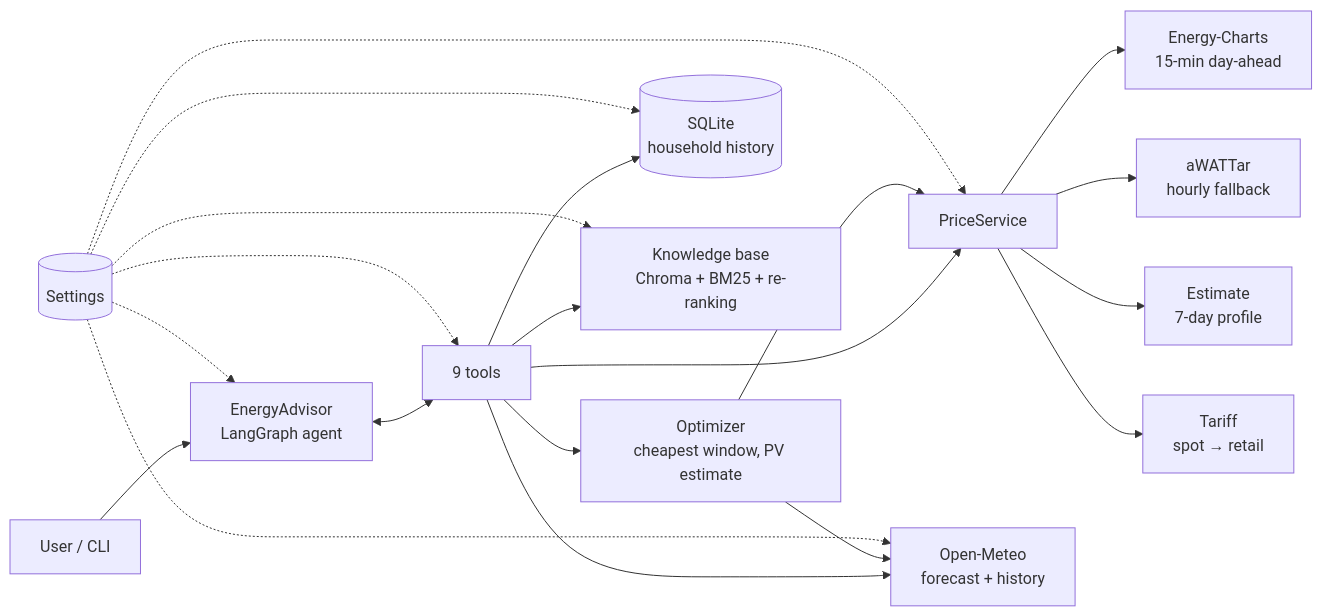
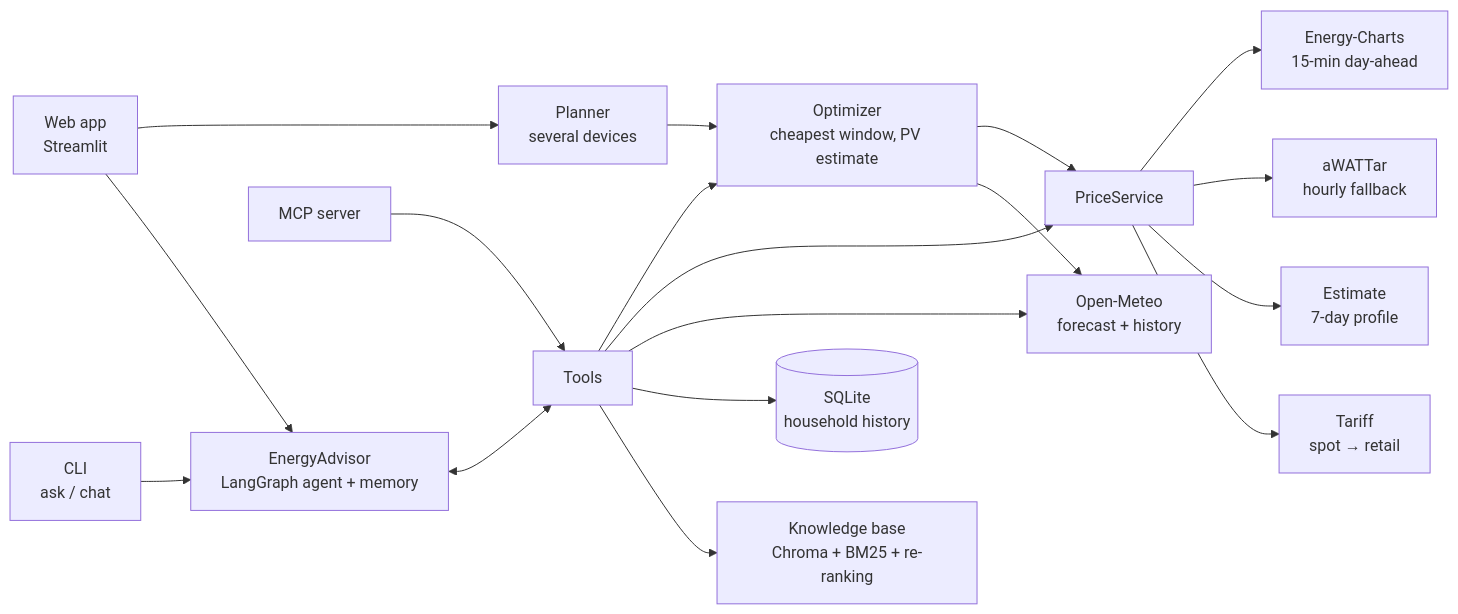
Before and after one commit to tohver/solar-ev-energy-optimizer-agent-langgraph: the diagram in README.md, drawn with Mermaid. The commit also changed other lines of this file, not shown here.

Commit message:
docs: update README (web app, conversation memory, planner, MCP, documentation map)

````diff
--- a/README.md
+++ b/README.md
@@ -35,17 +65,20 @@
 ```mermaid
 flowchart LR
-    U[User / CLI] --> A[EnergyAdvisor<br/>LangGraph agent]
-    A <--> T[9 tools]
+    APP[Web app<br/>Streamlit] --> PL[Planner<br/>several devices]
+    APP --> A
+    CLI[CLI<br/>ask / chat] --> A[EnergyAdvisor<br/>LangGraph agent + memory]
+    MCP[MCP server] --> T
+    A <--> T[Tools]
     T --> O[Optimizer<br/>cheapest window, PV estimate]
-    T --> P[PriceService]
+    PL --> O
+    O --> P[PriceService]
+    T --> P
     P --> EC[Energy-Charts<br/>15-min day-ahead]
     P --> AW[aWATTar<br/>hourly fallback]
     P --> ES[Estimate<br/>7-day profile]
     P --> TR[Tariff<br/>spot → retail]
-    T --> W[Open-Meteo<br/>forecast + history]
+    O --> W[Open-Meteo<br/>forecast + history]
+    T --> W
     T --> R[(SQLite<br/>household history)]
     T --> KB[Knowledge base<br/>Chroma + BM25 + re-ranking]
-    O --> P
-    O --> W
-    S[(Settings)] -.-> A & T & P & W & R & KB
 ```
````
